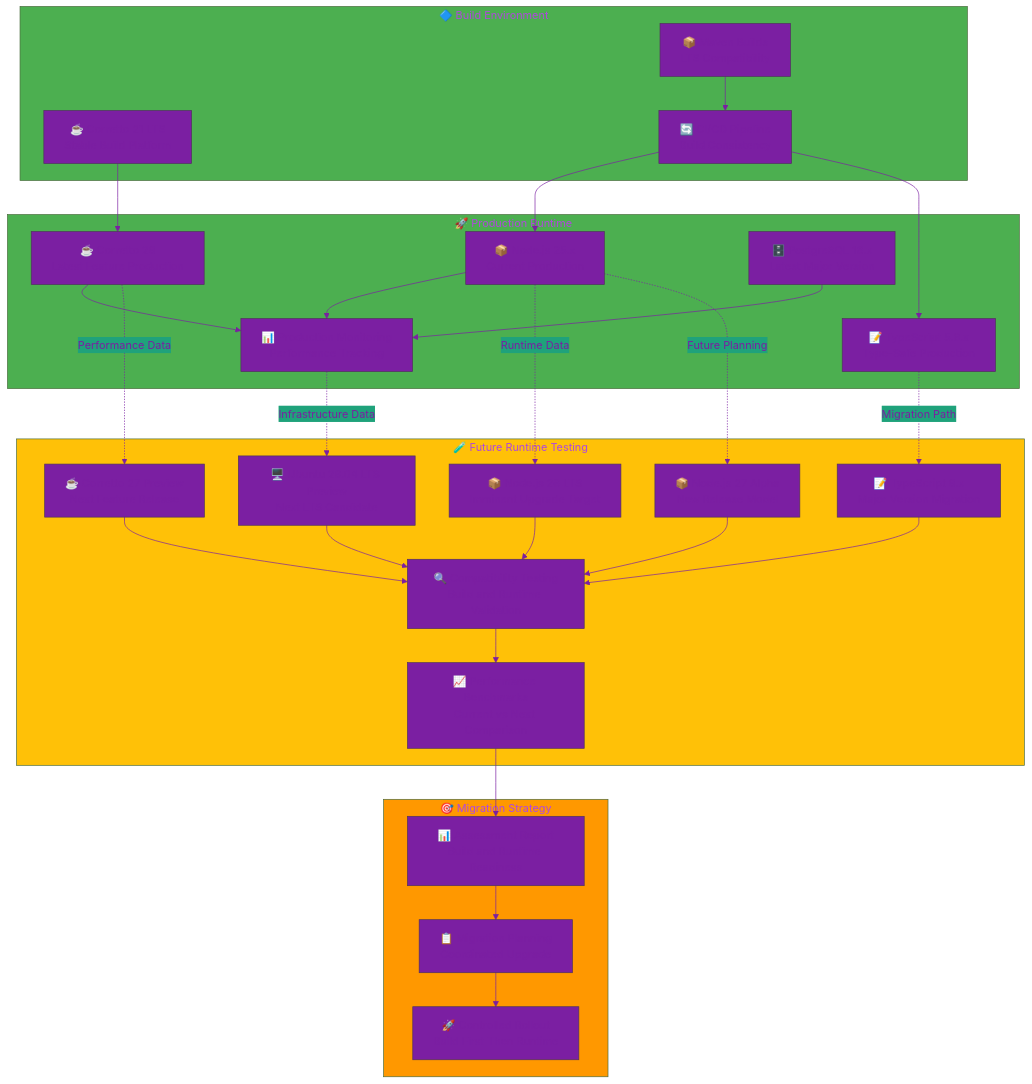
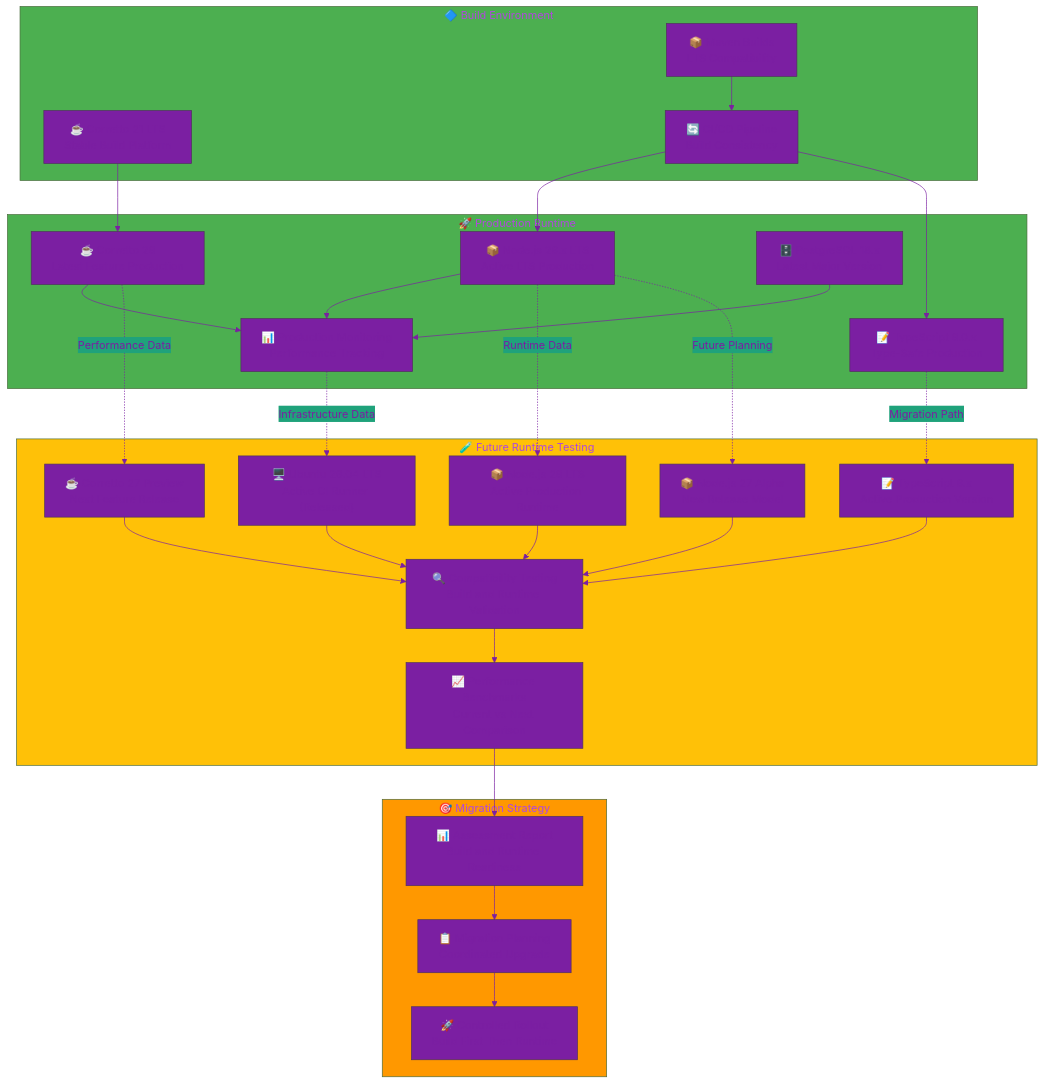
One commit to Hack23/ISMS-PUBLIC changed the fifth of 6 diagrams in Vulnerability_Management.md. Above: the diagram before and after it, drawn with Mermaid. The commit also changed other lines of this file, not shown here.

Commit message:
Update Vulnerability Management document to version 3.1

````diff
--- a/Vulnerability_Management.md
+++ b/Vulnerability_Management.md
@@ -787,72 +787,72 @@
 ```mermaid
 %%{
   init: {
     'theme': 'base',
     'themeVariables': {
       'primaryColor': '#7B1FA2',
       'primaryTextColor': '#7B1FA2',
       'lineColor': '#7B1FA2'
     }
   }
 }%%
 flowchart TB
     subgraph BUILD["🔷 Build Environment"]
         BUILD_JAVA["☕ Corretto 21 LTS<br/>Stable Build Platform"]
         BUILD_MAVEN["📦 Maven Builds<br/>LTS Compatibility"]
         BUILD_CI["🔄 CI/CD Pipeline<br/>Build Consistency"]
     end
     
     subgraph PROD["🚀 Production Runtime"]
         PROD_JAVA["☕ Corretto 26<br/>Latest Feature Production"]
-        PROD_NODE["📦 Node.js 25.x<br/>Current Production"]
-        PROD_TS["📝 TypeScript 5.9.x<br/>Type-Safe Production"]
+        PROD_NODE["📦 Node.js 26.x LTS<br/>Active LTS Production"]
+        PROD_TS["📝 TypeScript 6.0.x<br/>Type-Safe Production"]
         PROD_PG["🗄️ PostgreSQL 18.x<br/>Latest Major Version"]
         PROD_MONITOR["📊 Production Monitoring<br/>Performance Tracking"]
     end
     
     subgraph TESTING["🧪 Future Runtime Testing"]
         TEST_JAVA27["☕ Corretto 27 Preview<br/>Next Feature Release"]
-        TEST_NODE26["📦 Node.js 26 LTS<br/>Imminent Upgrade Target"]
+        TEST_NODE26["📦 Node.js 26 LTS<br/>Active Production Runtime"]
         TEST_NODE27["📦 Node.js 27 Alpha<br/>New Release Model"]
-        TEST_TS6["📝 TypeScript 6.x<br/>Major Version Migration"]
-        TEST_UBUNTU26["🖥️ Ubuntu 26.04 LTS Preview<br/>Next LTS Candidate"]
+        TEST_TS6["📝 TypeScript 6.x<br/>Active Production Version"]
+        TEST_UBUNTU26["🖥️ Ubuntu 26.04 LTS<br/>Active CI Runner (Released)"]
         TEST_COMPAT["🔍 Compatibility Testing<br/>Build and Runtime Validation"]
         TEST_PERF["📈 Performance Benchmarks<br/>Current vs Next Comparison"]
     end
     
     subgraph MIGRATION["🎯 Migration Strategy"]
         ASSESS["📊 Assessment Report<br/>Build and Runtime Readiness"]
         PLAN["📋 Migration Planning<br/>Coordinated Upgrade"]
         EXECUTE["🚀 Controlled Rollout<br/>Build First Then Runtime"]
     end
     
     BUILD_JAVA --> PROD_JAVA
     BUILD_MAVEN --> BUILD_CI
     BUILD_CI --> PROD_NODE
     BUILD_CI --> PROD_TS
     PROD_JAVA --> PROD_MONITOR
     PROD_NODE --> PROD_MONITOR
     PROD_PG --> PROD_MONITOR
     
     PROD_JAVA -.->|Performance Data| TEST_JAVA27
     PROD_NODE -.->|Runtime Data| TEST_NODE26
     PROD_NODE -.->|Future Planning| TEST_NODE27
     PROD_TS -.->|Migration Path| TEST_TS6
     PROD_MONITOR -.->|Infrastructure Data| TEST_UBUNTU26
     
     TEST_JAVA27 --> TEST_COMPAT
     TEST_NODE26 --> TEST_COMPAT
     TEST_NODE27 --> TEST_COMPAT
     TEST_TS6 --> TEST_COMPAT
     TEST_UBUNTU26 --> TEST_COMPAT
     TEST_COMPAT --> TEST_PERF
     TEST_PERF --> ASSESS
     
     ASSESS --> PLAN
     PLAN --> EXECUTE
     
     style BUILD fill:#4CAF50
     style PROD fill:#4CAF50
     style TESTING fill:#FFC107
     style MIGRATION fill:#FF9800
 ```
````
